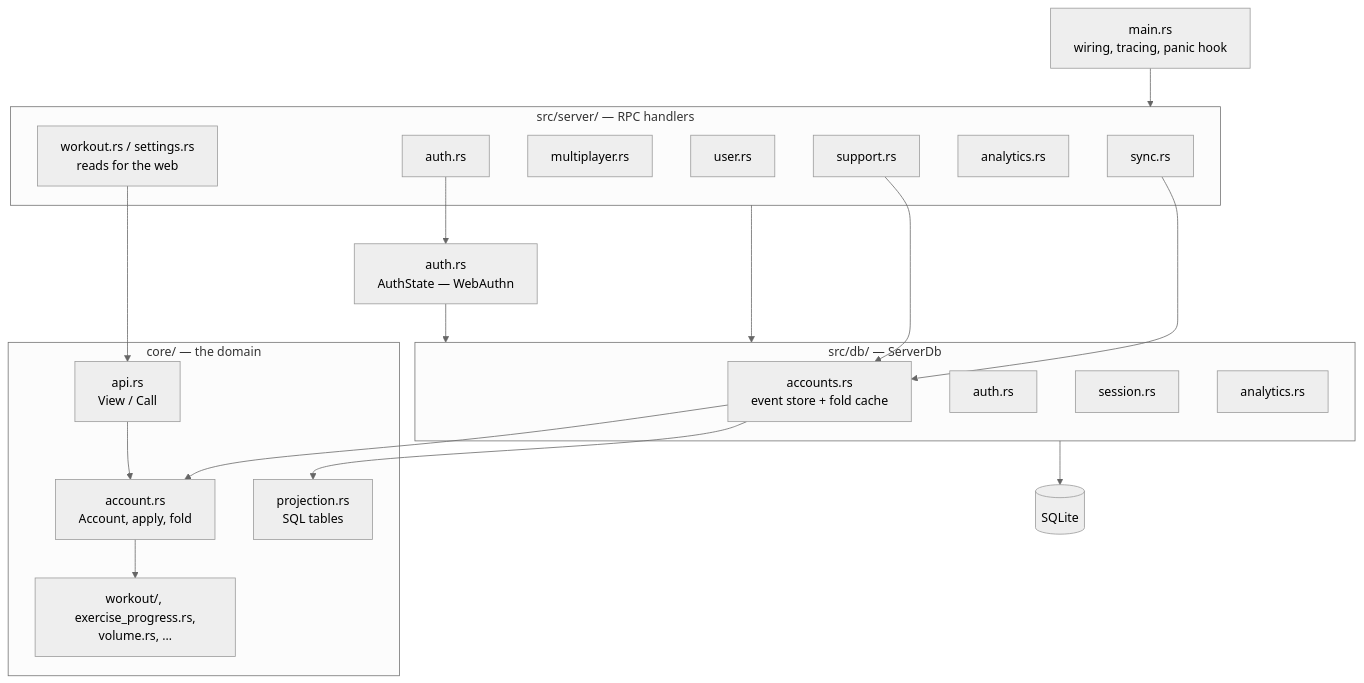
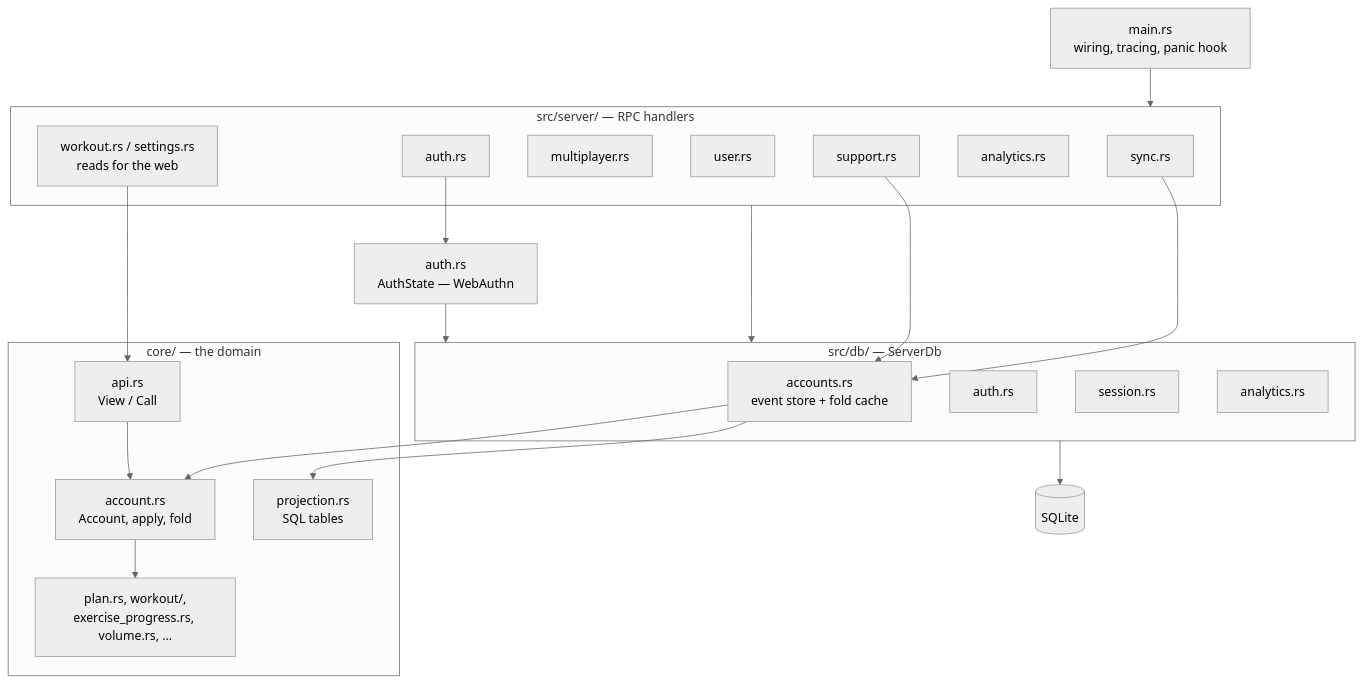
Before and after one commit to brensch/lift: the first of 3 diagrams in docs/architecture/backend.md, drawn with Mermaid (neutral theme). The commit also changed other lines of this file and 160 other files, not shown here.

````diff
--- a/docs/architecture/backend.md
+++ b/docs/architecture/backend.md
@@ -11,44 +11,44 @@
 ```mermaid
 graph TD
     main["main.rs<br/>wiring, tracing, panic hook"]
 
     subgraph svc["src/server/ — RPC handlers"]
         sy["sync.rs"]
         w["workout.rs / settings.rs<br/>reads for the web"]
         mp["multiplayer.rs"]
         us["user.rs"]
         au["auth.rs"]
         an["analytics.rs"]
         su["support.rs"]
     end
 
     subgraph core["core/ — the domain"]
         acc["account.rs<br/>Account, apply, fold"]
         api["api.rs<br/>View / Call"]
         proj["projection.rs<br/>SQL tables"]
-        rules["workout/, exercise_progress.rs,<br/>volume.rs, …"]
+        rules["plan.rs, workout/,<br/>exercise_progress.rs, volume.rs, …"]
     end
 
     subgraph data["src/db/ — ServerDb"]
         dacc["accounts.rs<br/>event store + fold cache"]
         dauth["auth.rs"]
         dses["session.rs"]
         dan["analytics.rs"]
     end
 
     authst["auth.rs<br/>AuthState — WebAuthn"]
     sqlite[("SQLite")]
 
     main --> svc
     sy --> dacc
     w --> api
     su --> dacc
     dacc --> acc
     dacc --> proj
     acc --> rules
     api --> acc
     au --> authst
     svc --> data
     authst --> data
     data --> sqlite
 ```
````
